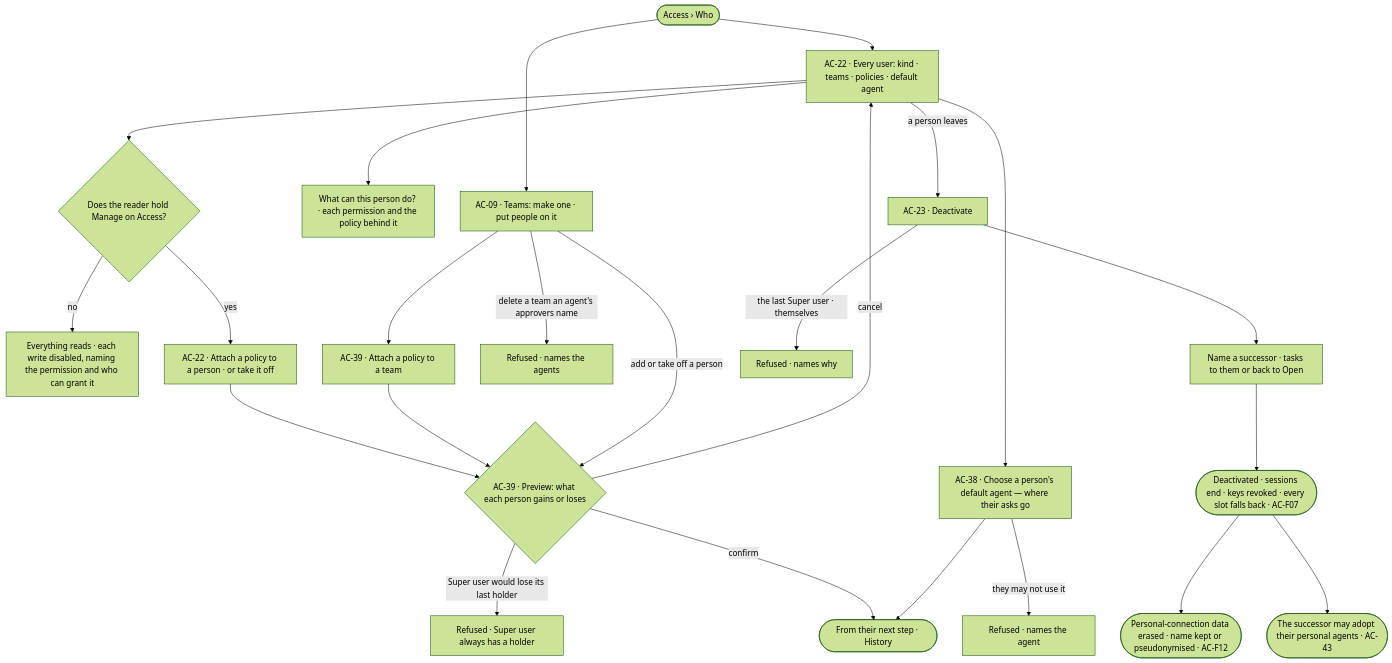
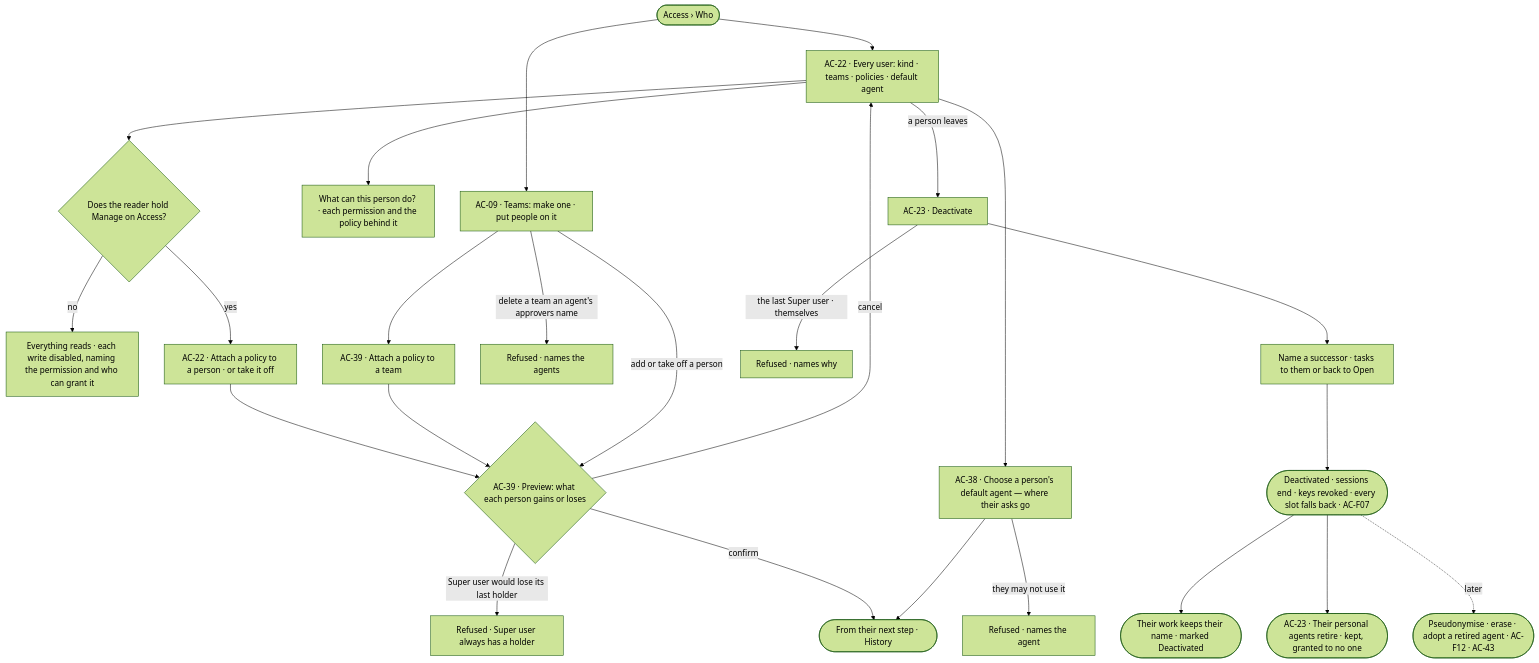
One commit to invana/invana changed the diagram in specs/os/access/features/AC-F03-directory/feature.md. Above: the diagram before and after it, drawn with Mermaid (forest theme). The commit also changed other lines of this file and 9 other files, not shown here.

````diff
--- a/specs/os/access/features/AC-F03-directory/feature.md
+++ b/specs/os/access/features/AC-F03-directory/feature.md
@@ -27,26 +27,27 @@
 ```mermaid
 flowchart TD
   start([Access › Who]) --> users["AC-22 · Every user: kind · teams · policies · default agent"]
   users --> who{"Does the reader hold Manage on Access?"}
   who -->|no| ro["Everything reads · each write disabled, naming the permission and who can grant it"]
   who -->|yes| grant["AC-22 · Attach a policy to a person · or take it off"]
   users --> eff["What can this person do? · each permission and the policy behind it"]
   start --> teams["AC-09 · Teams: make one · put people on it"]
   teams --> tgrant["AC-39 · Attach a policy to a team"]
   grant --> prev{"AC-39 · Preview: what each person gains or loses"}
   tgrant --> prev
   teams -->|add or take off a person| prev
   prev -->|Super user would lose its last holder| last["Refused · Super user always has a holder"]
   prev -->|confirm| saved(["From their next step · History"])
   prev -->|cancel| users
   users --> def["AC-38 · Choose a person's default agent — where their asks go"]
   def -->|they may not use it| defr["Refused · names the agent"]
   def --> saved
   teams -->|delete a team an agent's approvers name| held["Refused · names the agents"]
   users -->|a person leaves| deact["AC-23 · Deactivate"]
   deact --> succ["Name a successor · tasks to them or back to Open"]
   succ --> off(["Deactivated · sessions end · keys revoked · every slot falls back · AC-F07"])
-  off --> keep(["Personal-connection data erased · name kept or pseudonymised · AC-F12"])
-  off --> adopt(["The successor may adopt their personal agents · AC-43"])
+  off --> keep(["Their work keeps their name · marked Deactivated"])
+  off --> ret(["AC-23 · Their personal agents retire · kept, granted to no one"])
+  off -.->|later| adopt(["Pseudonymise · erase · adopt a retired agent · AC-F12 · AC-43"])
   deact -->|the last Super user · themselves| refd["Refused · names why"]
 ```
````
